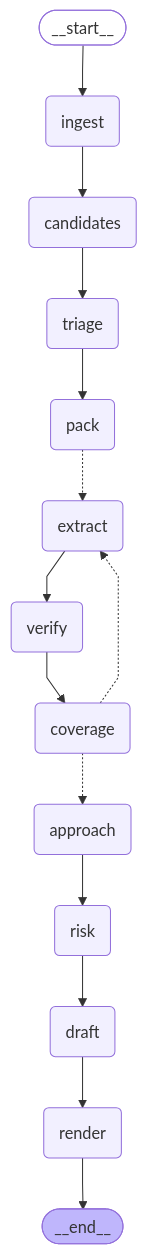
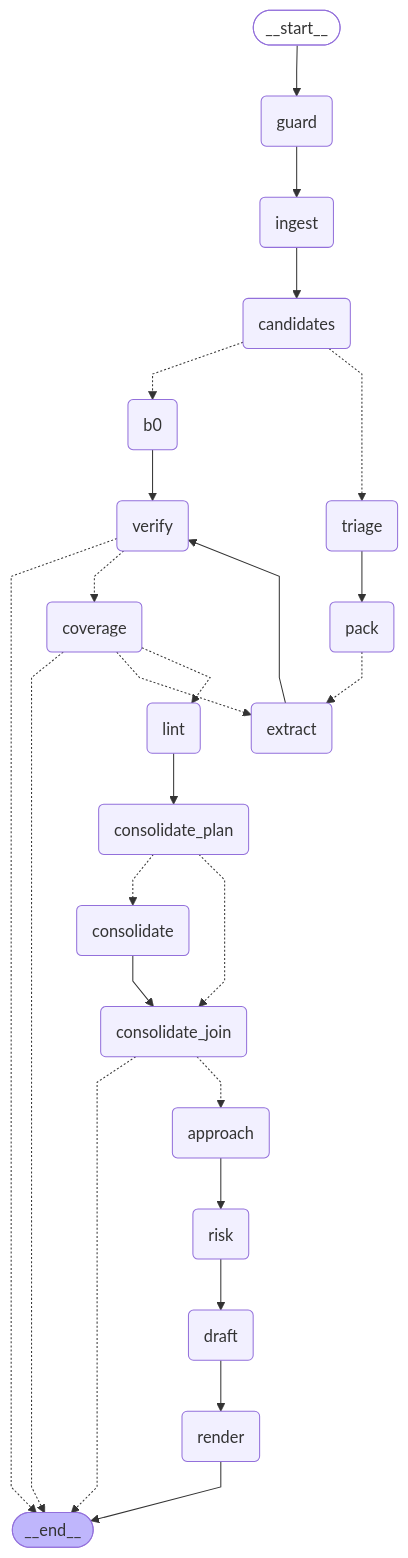
Before and after one commit to chouaibhoues-code/bidwright-rfp-agent: the diagram in docs/agents.md, drawn with Mermaid. The commit also changed other lines of this file and 94 other files, not shown here.

````diff
--- a/docs/agents.md
+++ b/docs/agents.md
@@ -55,37 +55,54 @@
 ```mermaid
 ---
 config:
   flowchart:
     curve: linear
 ---
 graph TD;
 	__start__([<p>__start__</p>]):::first
+	guard(guard)
 	ingest(ingest)
 	candidates(candidates)
+	b0(b0)
 	triage(triage)
 	pack(pack)
-	extract(extract)
 	verify(verify)
 	coverage(coverage)
+	lint(lint)
+	consolidate_plan(consolidate_plan)
+	consolidate_join(consolidate_join)
 	approach(approach)
 	risk(risk)
 	draft(draft)
 	render(render)
+	extract(extract)
+	consolidate(consolidate)
 	__end__([<p>__end__</p>]):::last
-	__start__ --> ingest;
+	__start__ --> guard;
 	approach --> risk;
-	candidates --> triage;
-	coverage -.-> approach;
+	b0 --> verify;
+	candidates -.-> b0;
+	candidates -.-> triage;
+	consolidate --> consolidate_join;
+	consolidate_join -.-> __end__;
+	consolidate_join -.-> approach;
+	consolidate_plan -.-> consolidate;
+	consolidate_plan -.-> consolidate_join;
+	coverage -.-> __end__;
 	coverage -.-> extract;
+	coverage -.-> lint;
 	draft --> render;
 	extract --> verify;
+	guard --> ingest;
 	ingest --> candidates;
+	lint --> consolidate_plan;
 	pack -.-> extract;
 	risk --> draft;
 	triage --> pack;
-	verify --> coverage;
+	verify -.-> __end__;
+	verify -.-> coverage;
 	render --> __end__;
 	classDef default fill:#f2f0ff,line-height:1.2
 	classDef first fill-opacity:0
 	classDef last fill:#bfb6fc
 ```
````
